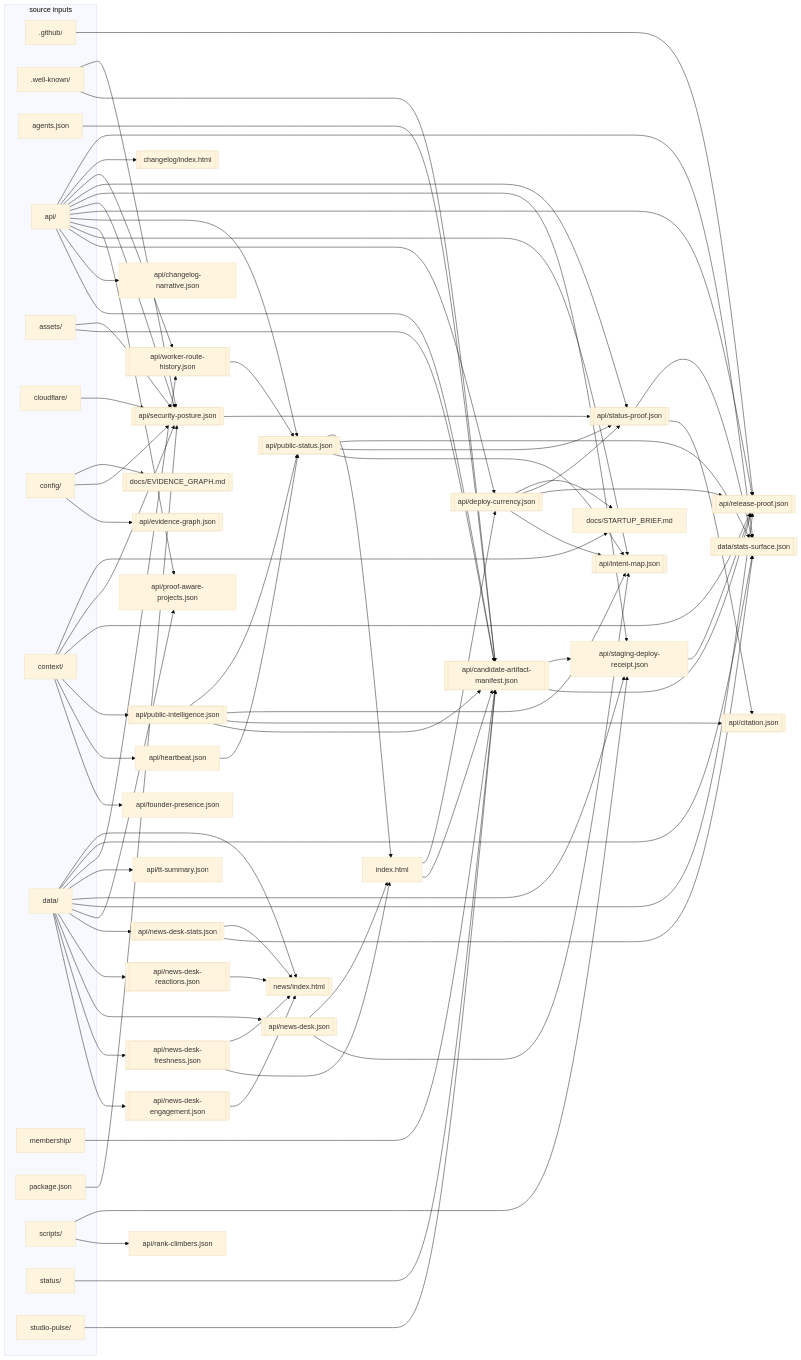
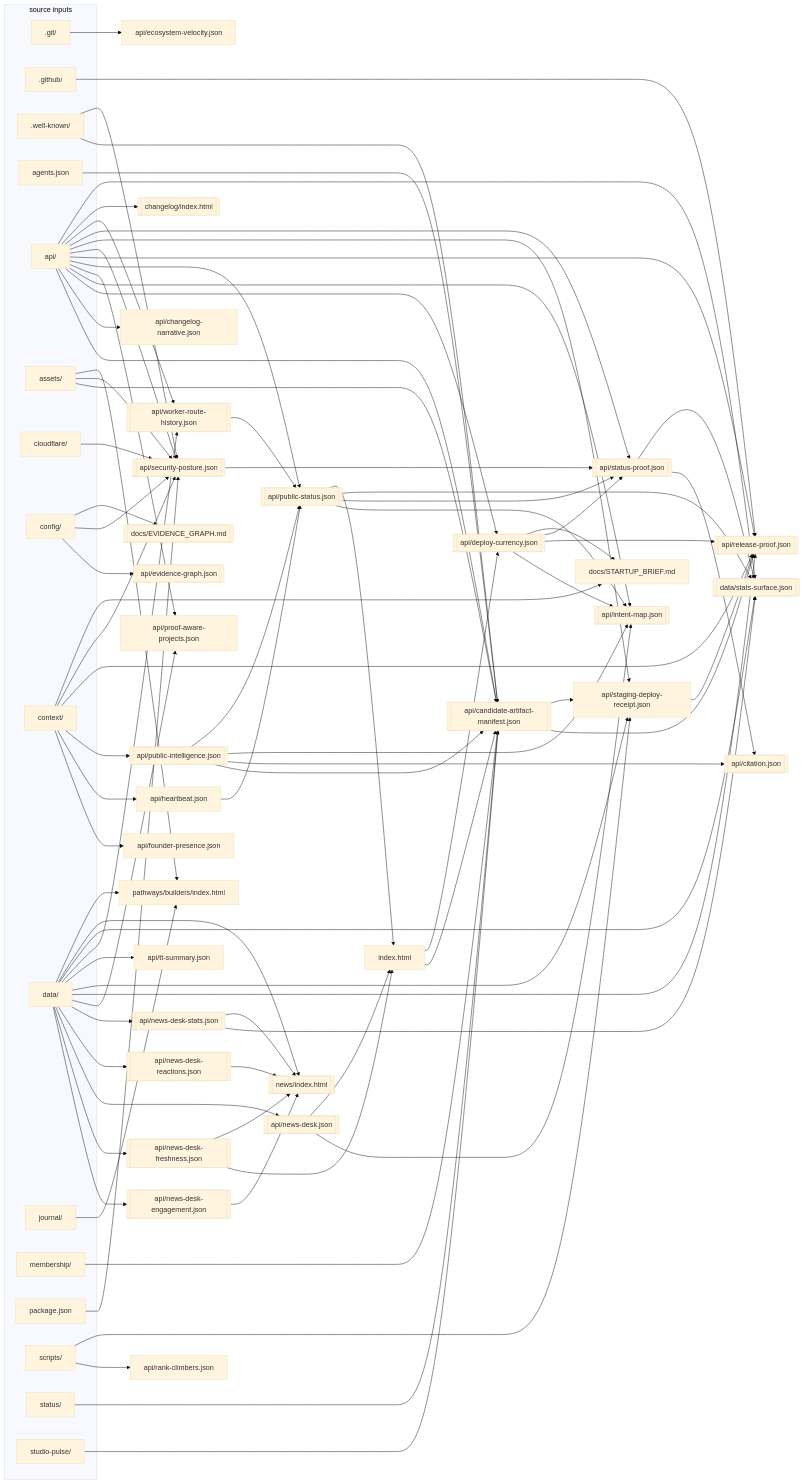
One commit to VaultSparkStudios/VaultSparkStudios.github.io changed the diagram in docs/EVIDENCE_GRAPH.md. Above: the diagram before and after it, drawn with Mermaid (base theme). The commit also changed other lines of this file and 305 other files, not shown here.

````diff
--- a/docs/EVIDENCE_GRAPH.md
+++ b/docs/EVIDENCE_GRAPH.md
@@ -30,6 +30,7 @@
 ```mermaid
 flowchart LR
   subgraph inputs["source inputs"]
+    n__git_[".git/"]
     n__github_[".github/"]
     n__well_known_[".well-known/"]
     n_agents_json["agents.json"]
@@ -39,6 +40,7 @@
     n_config_["config/"]
     n_context_["context/"]
     n_data_["data/"]
+    n_journal_["journal/"]
     n_membership_["membership/"]
     n_package_json["package.json"]
     n_scripts_["scripts/"]
@@ -62,6 +64,8 @@
   n_api_news_desk_reactions_json[["api/news-desk-reactions.json"]]
   n_api_news_desk_stats_json[["api/news-desk-stats.json"]]
   n_news_index_html[["news/index.html"]]
+  n_api_ecosystem_velocity_json["api/ecosystem-velocity.json"]
+  n_pathways_builders_index_html["pathways/builders/index.html"]
   n_api_proof_aware_projects_json["api/proof-aware-projects.json"]
   n_api_public_intelligence_json[["api/public-intelligence.json"]]
   n_api_public_status_json[["api/public-status.json"]]
@@ -75,6 +79,7 @@
   n_api_tt_summary_json["api/tt-summary.json"]
   n_api_worker_route_history_json[["api/worker-route-history.json"]]
   n_changelog_index_html[["changelog/index.html"]]
+  n__git_ --> n_api_ecosystem_velocity_json
   n__github_ --> n_api_release_proof_json
   n__well_known_ --> n_api_candidate_artifact_manifest_json
   n__well_known_ --> n_api_security_posture_json
@@ -122,6 +127,7 @@
   n_api_worker_route_history_json --> n_api_public_status_json
   n_assets_ --> n_api_candidate_artifact_manifest_json
   n_assets_ --> n_api_security_posture_json
+  n_assets_ --> n_pathways_builders_index_html
   n_cloudflare_ --> n_api_security_posture_json
   n_config_ --> n_api_evidence_graph_json
   n_config_ --> n_api_security_posture_json
@@ -144,8 +150,10 @@
   n_data_ --> n_api_worker_route_history_json
   n_data_ --> n_data_stats_surface_json
   n_data_ --> n_news_index_html
+  n_data_ --> n_pathways_builders_index_html
   n_index_html --> n_api_candidate_artifact_manifest_json
   n_index_html --> n_api_deploy_currency_json
+  n_journal_ --> n_pathways_builders_index_html
   n_membership_ --> n_api_candidate_artifact_manifest_json
   n_package_json --> n_api_security_posture_json
   n_scripts_ --> n_api_rank_climbers_json
````
